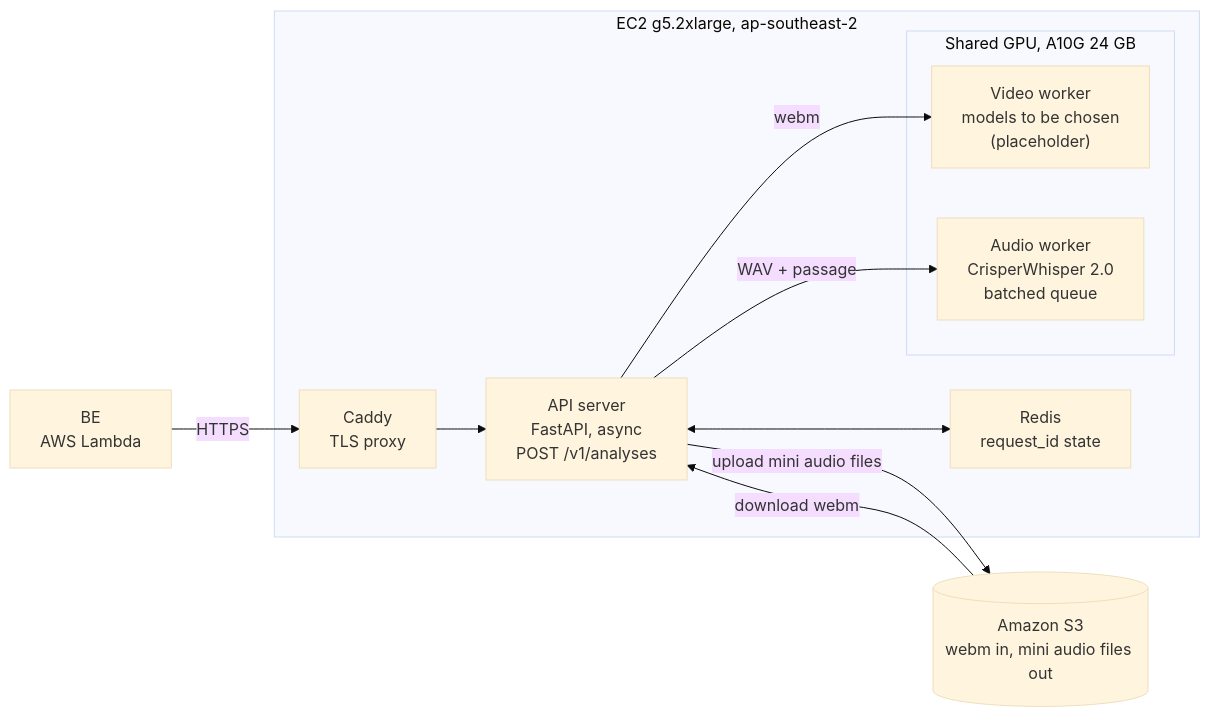
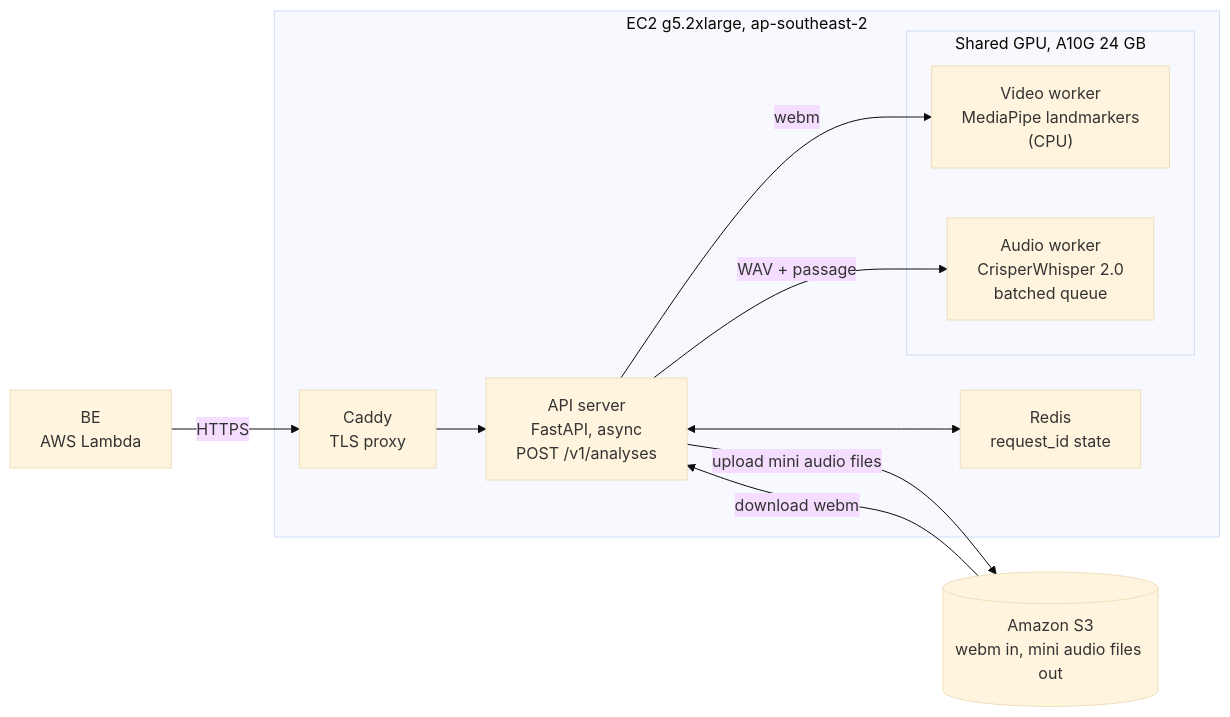
The diagram in docs/deployment-architecture.md (readright-se-sp/readright-ai), drawn with Mermaid (base theme) before and after one commit. The commit also changed other lines of this file and 14 other files, not shown here.

````diff
--- a/docs/deployment-architecture.md
+++ b/docs/deployment-architecture.md
@@ -39,17 +39,17 @@
 ```mermaid
 flowchart LR
   BE["BE<br/>AWS Lambda"] -->|HTTPS| Caddy
   subgraph EC2["EC2 g5.2xlarge, ap-southeast-2"]
     Caddy["Caddy<br/>TLS proxy"] --> API["API server<br/>FastAPI, async<br/>POST /v1/analyses"]
     API <--> Redis["Redis<br/>request_id state"]
     subgraph GPU["Shared GPU, A10G 24 GB"]
-      Video["Video worker<br/>models to be chosen<br/>(placeholder)"]
+      Video["Video worker<br/>MediaPipe landmarkers<br/>(CPU)"]
       Audio["Audio worker<br/>CrisperWhisper 2.0<br/>batched queue"]
     end
     API -->|webm| Video
     API -->|WAV + passage| Audio
   end
   S3[("Amazon S3<br/>webm in, mini audio files out")]
   S3 -->|download webm| API
   API -->|upload mini audio files| S3
 ```
````
